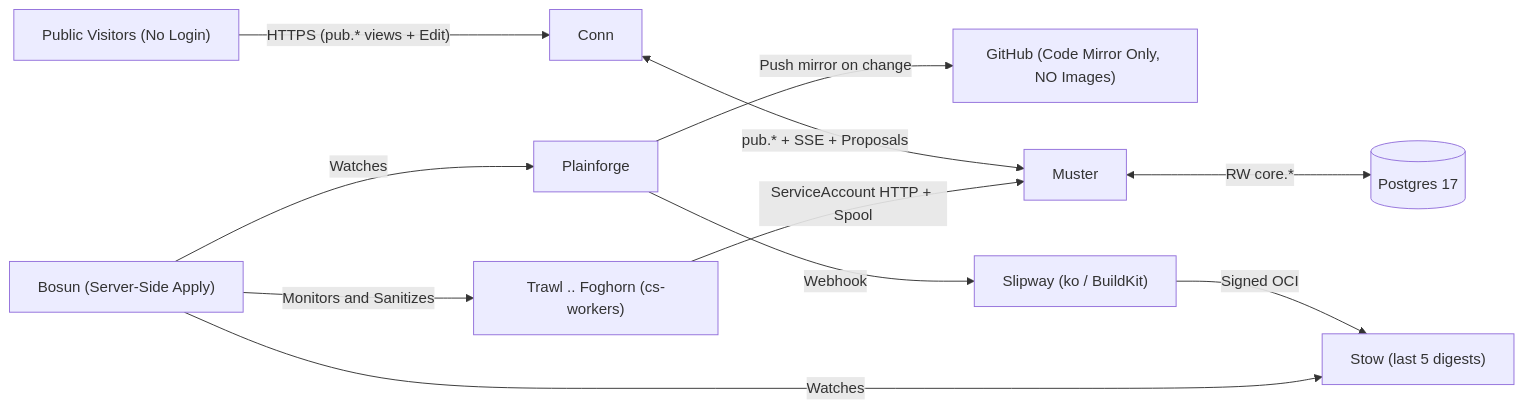
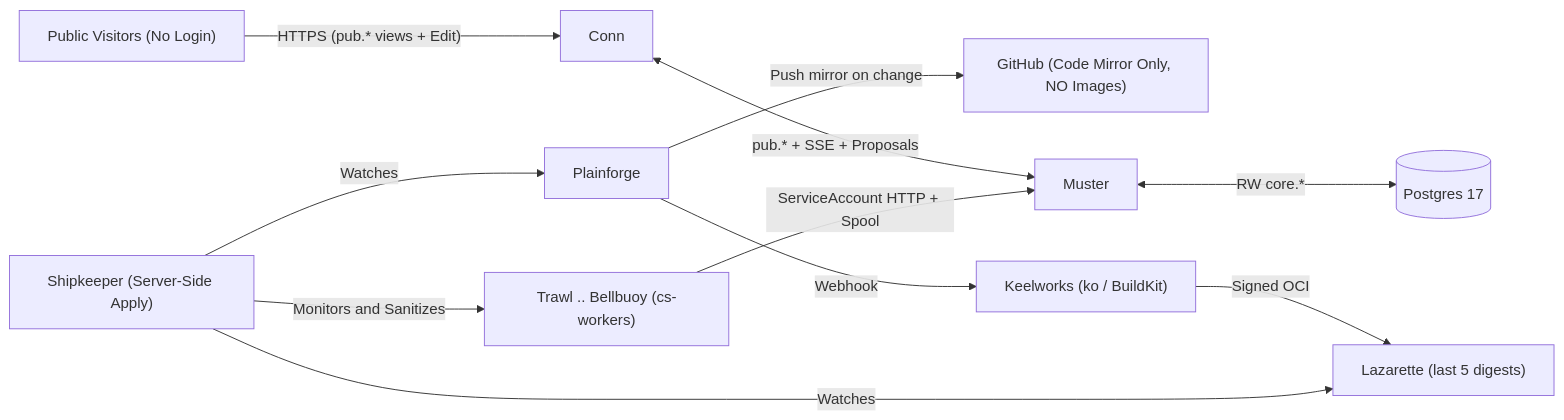
The diagram in README.md (ClearedStack/clearedstack.com), drawn with Mermaid before and after one commit. The commit also changed other lines of this file and 51 other files, not shown here.

````diff
--- a/README.md
+++ b/README.md
@@ -118,13 +118,13 @@
 ```mermaid
 flowchart LR
   PUB["Public Visitors (No Login)"] -->|"HTTPS (pub.* views + Edit)"| WEB["Conn"]
   GIT["Plainforge"] -->|"Push mirror on change"| GH["GitHub (Code Mirror Only, NO Images)"]
   WEB <-->|"pub.* + SSE + Proposals"| QAPI["Muster"]
   QAPI <-->|"RW core.*"| DB[("Postgres 17")]
-  GIT -->|"Webhook"| RUN["Slipway (ko / BuildKit)"]
-  RUN -->|"Signed OCI"| REG["Stow (last 5 digests)"]
-  STORE["Bosun (Server-Side Apply)"] -->|"Watches"| GIT
+  GIT -->|"Webhook"| RUN["Keelworks (ko / BuildKit)"]
+  RUN -->|"Signed OCI"| REG["Lazarette (last 5 digests)"]
+  STORE["Shipkeeper (Server-Side Apply)"] -->|"Watches"| GIT
   STORE -->|"Watches"| REG
-  STORE -->|"Monitors and Sanitizes"| W["Trawl .. Foghorn (cs-workers)"]
+  STORE -->|"Monitors and Sanitizes"| W["Trawl .. Bellbuoy (cs-workers)"]
   W -->|"ServiceAccount HTTP + Spool"| QAPI
 ```
````
